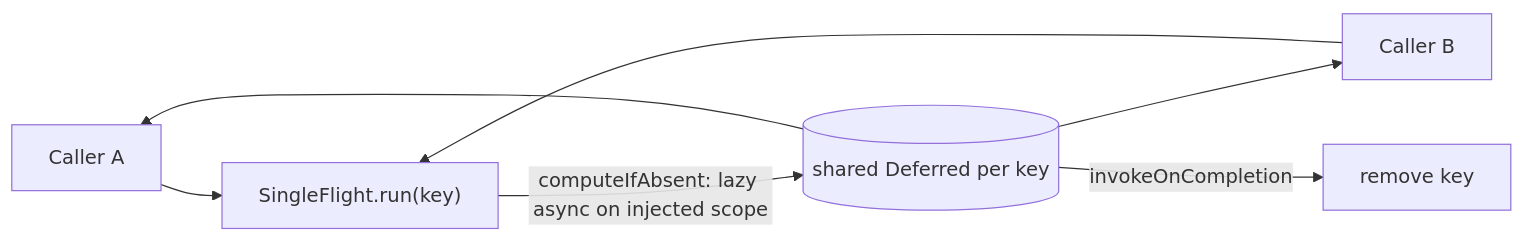
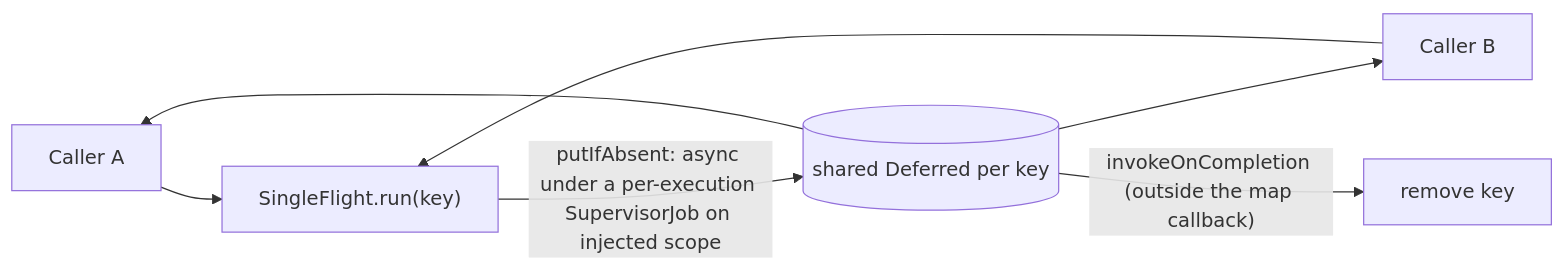
One commit to donlydc/DCFoudation changed the diagram in architecture/modules/runtime-concurrency.md. Above: the diagram before and after it, drawn with Mermaid. The commit also changed other lines of this file and 44 other files, not shown here.

First line of the commit message:
Docs: merge lane A3/A4/B/C deltas into architecture, decision log and HANDOVER

````diff
--- a/architecture/modules/runtime-concurrency.md
+++ b/architecture/modules/runtime-concurrency.md
@@ -28,9 +28,9 @@
 ```mermaid
 flowchart LR
   C1[Caller A] --> SF["SingleFlight.run(key)"]
   C2[Caller B] --> SF
-  SF -->|"computeIfAbsent: lazy async on injected scope"| D[(shared Deferred per key)]
+  SF -->|"putIfAbsent: async under a per-execution SupervisorJob on injected scope"| D[(shared Deferred per key)]
   D --> C1
   D --> C2
-  D -->|invokeOnCompletion| RM[remove key]
+  D -->|"invokeOnCompletion (outside the map callback)"| RM[remove key]
 ```
````
